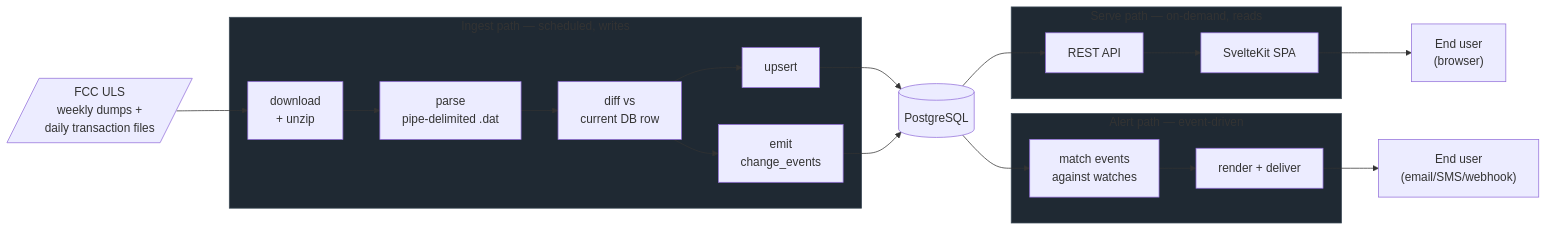
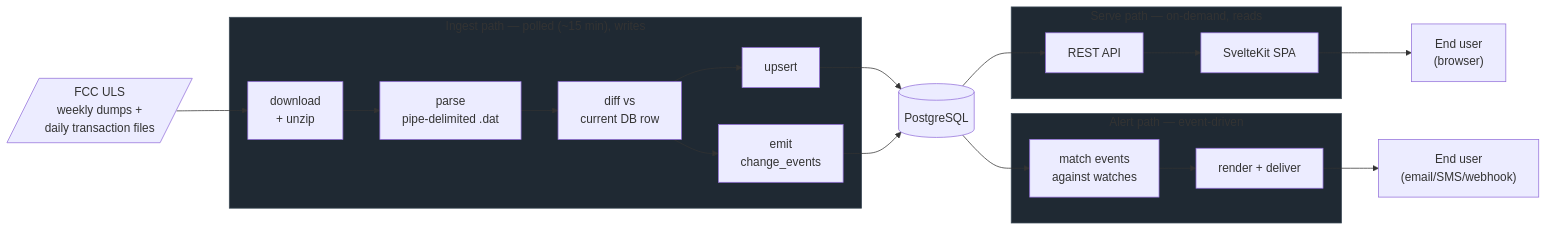
One commit to n00tz/fcculs-explorer changed the second of 17 diagrams in docs/architecture.md. Above: the diagram before and after it, drawn with Mermaid. The commit also changed other lines of this file and 3 other files, not shown here.

First line of the commit message:
docs: bring plan, README, architecture, and user-guide up to date

````diff
--- a/docs/architecture.md
+++ b/docs/architecture.md
@@ -108,35 +110,35 @@
 ```mermaid
 flowchart LR
     fcc[/"FCC ULS<br/>weekly dumps +<br/>daily transaction files"/]
 
-    subgraph ingestpath["Ingest path — scheduled, writes"]
+    subgraph ingestpath["Ingest path — polled (~15 min), writes"]
         dl["download<br/>+ unzip"]
         parse["parse<br/>pipe-delimited .dat"]
         diff["diff vs<br/>current DB row"]
         upsert["upsert"]
         events["emit<br/>change_events"]
     end
 
     db[("PostgreSQL")]
 
     subgraph servepath["Serve path — on-demand, reads"]
         rest["REST API"]
         spa["SvelteKit SPA"]
     end
 
     subgraph alertpath["Alert path — event-driven"]
         match["match events<br/>against watches"]
         send["render + deliver"]
     end
 
     fcc --> dl --> parse --> diff
     diff --> upsert --> db
     diff --> events --> db
 
     db --> rest --> spa --> enduser["End user<br/>(browser)"]
     db --> match --> send --> enduser2["End user<br/>(email/SMS/webhook)"]
 
     style ingestpath fill:#1f2933,stroke:#3e4c59
     style servepath fill:#1f2933,stroke:#3e4c59
     style alertpath fill:#1f2933,stroke:#3e4c59
 ```
````
